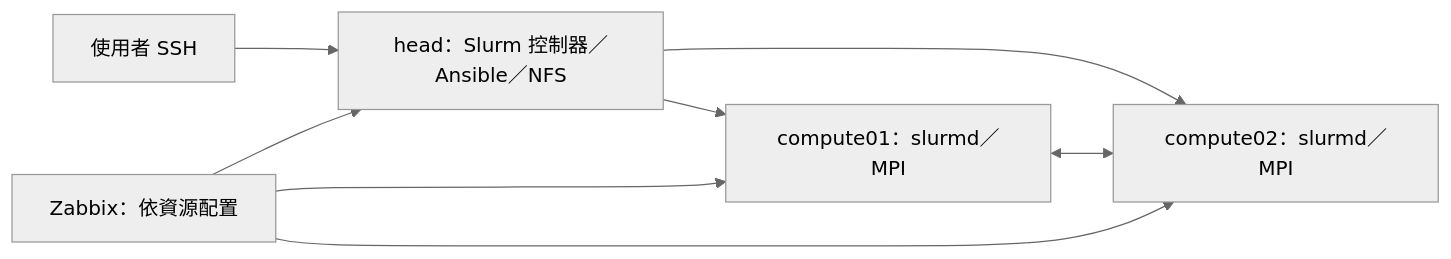
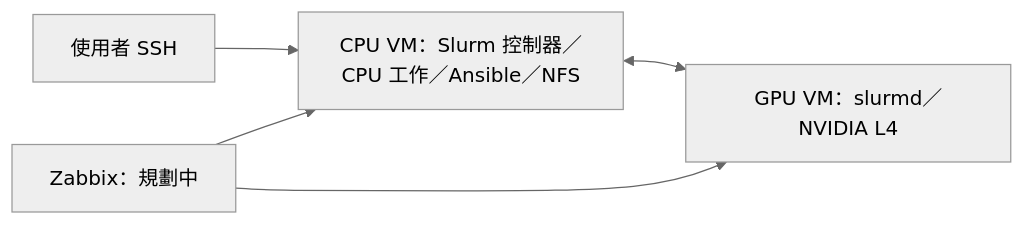
Before and after one commit to davidtestdocker/hpc-architect: the diagram in project/README.md, drawn with Mermaid (neutral theme). The commit also changed other lines of this file and 2 other files, not shown here.

````diff
--- a/project/README.md
+++ b/project/README.md
@@ -9,10 +10,7 @@
 ```mermaid
 flowchart LR
-  U[使用者 SSH] --> H[head：Slurm 控制器／Ansible／NFS]
-  H --> C1[compute01：slurmd／MPI]
-  H --> C2[compute02：slurmd／MPI]
-  C1 <--> C2
-  Z[Zabbix：依資源配置] --> H
-  Z --> C1
-  Z --> C2
+  U[使用者 SSH] --> C[CPU VM：Slurm 控制器／CPU 工作／Ansible／NFS]
+  C <--> G[GPU VM：slurmd／NVIDIA L4]
+  Z[Zabbix：規劃中] --> C
+  Z --> G
 ```
````
